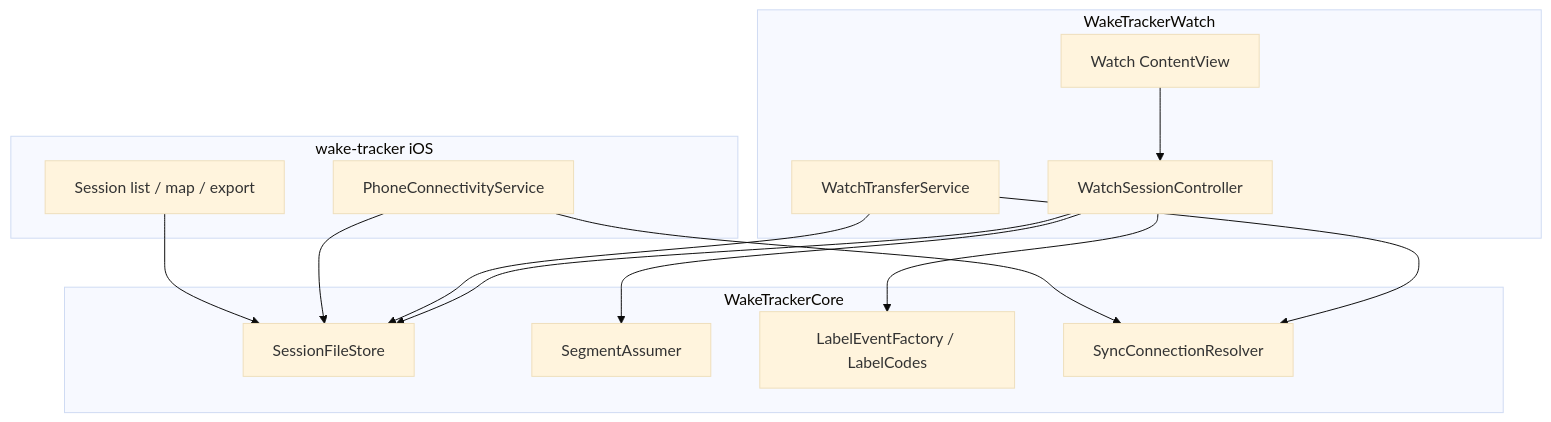
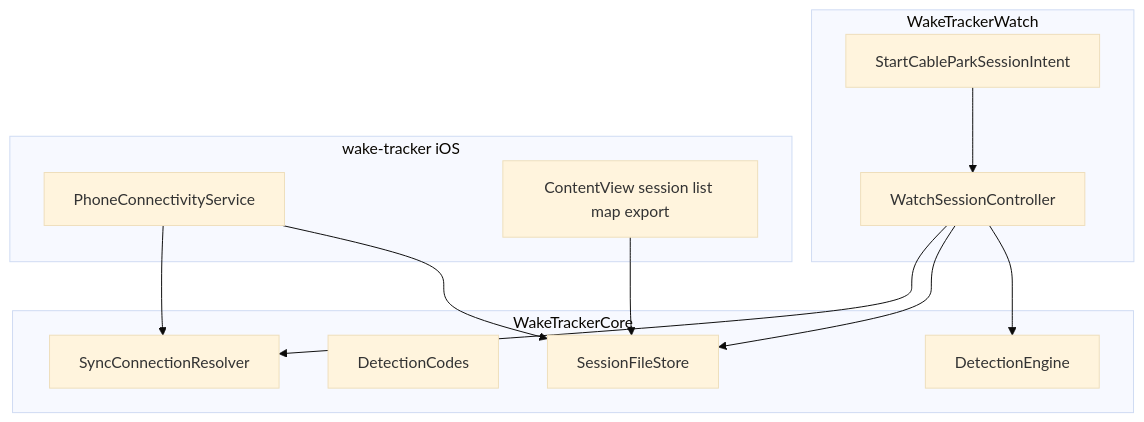
One commit to DCSBL/rppl changed the first of 2 diagrams in Docs/DESIGN.md. Above: the diagram before and after it, drawn with Mermaid (base theme). The commit also changed other lines of this file and 35 other files, not shown here.

First line of the commit message:
feat(core): replace Assumer with ride/pause DetectionEngine

````diff
--- a/Docs/DESIGN.md
+++ b/Docs/DESIGN.md
@@ -7,30 +7,24 @@
 ```mermaid
 flowchart TB
   subgraph watch [WakeTrackerWatch]
     WSC[WatchSessionController]
-    WUI[Watch ContentView]
-    WCSend[WatchTransferService]
+    Intent[StartCableParkSessionIntent]
   end
-
-  subgraph core [WakeTrackerCore]
-    Store[SessionFileStore]
-    Assumer[SegmentAssumer]
-    Labels[LabelEventFactory / LabelCodes]
-    SyncRes[SyncConnectionResolver]
-  end
-
   subgraph phone [wake-tracker iOS]
     PCS[PhoneConnectivityService]
-    PUI[Session list / map / export]
+    UI[ContentView session list map export]
   end
-
-  WUI --> WSC
-  WSC --> Assumer
-  WSC --> Labels
+  subgraph core [WakeTrackerCore]
+    Engine[DetectionEngine]
+    Codes[DetectionCodes]
+    Store[SessionFileStore]
+    Sync[SyncConnectionResolver]
+  end
+  WSC --> Engine
   WSC --> Store
-  WCSend --> Store
-  WCSend --> SyncRes
+  Intent --> WSC
   PCS --> Store
-  PCS --> SyncRes
-  PUI --> Store
+  UI --> Store
+  WSC --> Sync
+  PCS --> Sync
 ```
````
